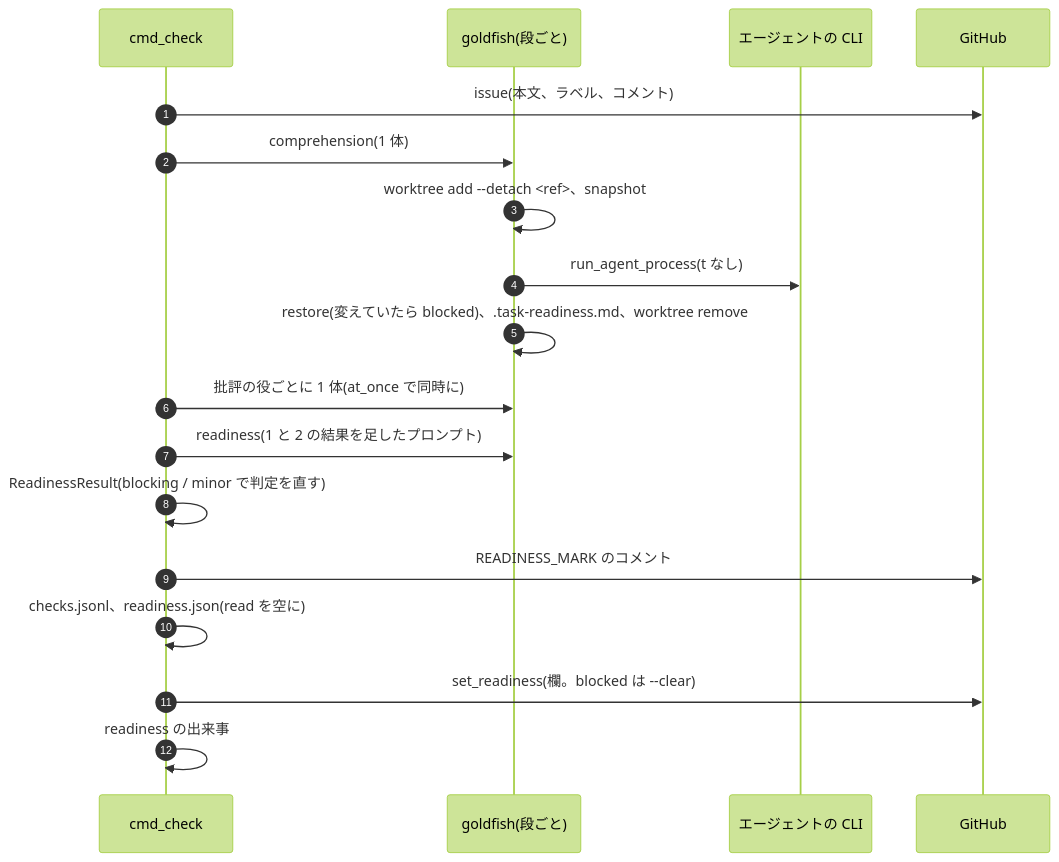
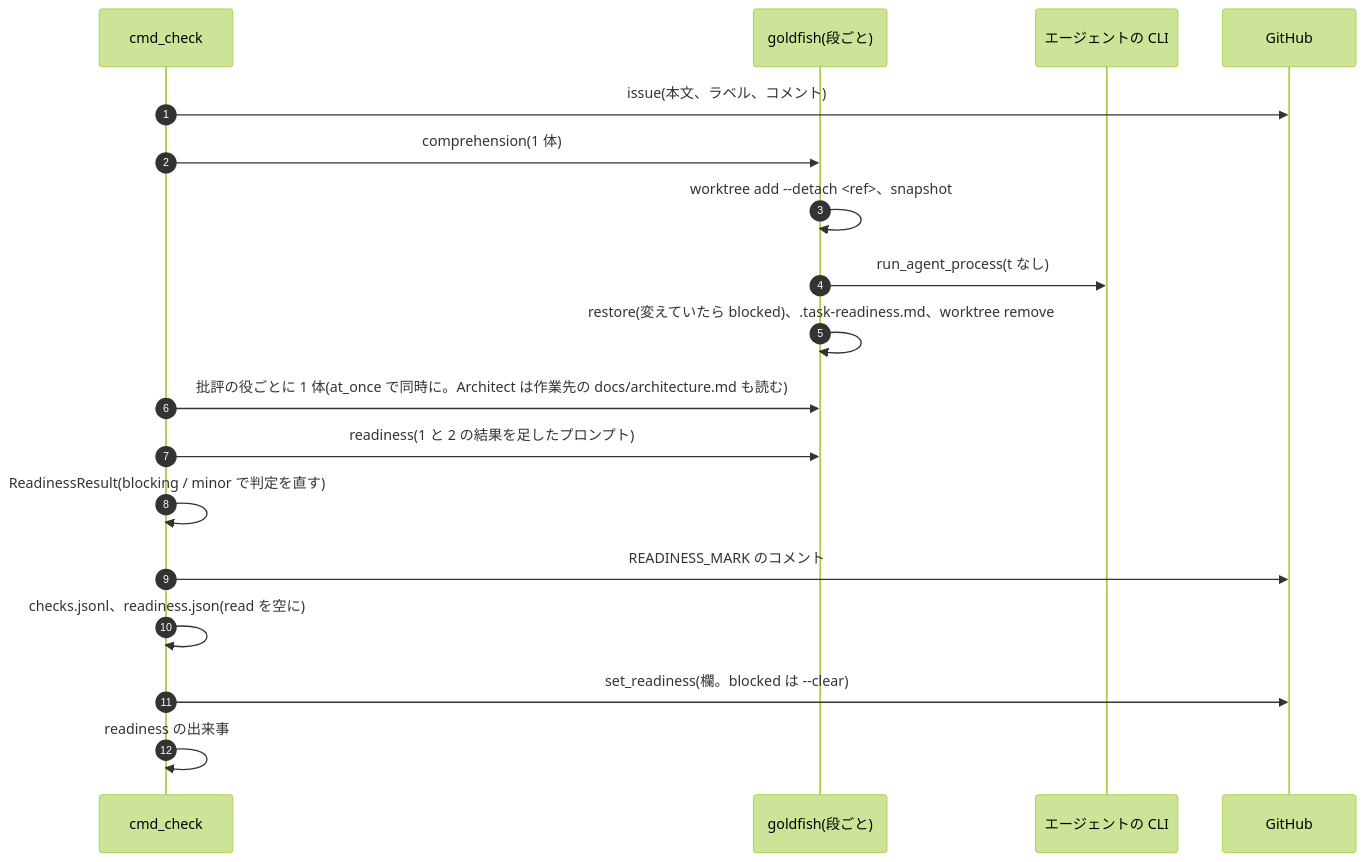
Before and after one commit to jyoka/task-hub: the tenth of 10 diagrams in docs/architecture/lld.md, drawn with Mermaid (forest theme). The commit also changed other lines of this file and 11 other files, not shown here.

Commit message:
task 317: 新プロダクトの設計で 7 つのアーキテクチャ関門を必ず検討させる(Architecture Brief + /chief + task check)

````diff
--- a/docs/architecture/lld.md
+++ b/docs/architecture/lld.md
@@ -608,20 +608,20 @@
 ```mermaid
 sequenceDiagram
     autonumber
     participant C as cmd_check
     participant G as goldfish(段ごと)
     participant A as エージェントの CLI
     participant GH as GitHub
     C->>GH: issue(本文、ラベル、コメント)
     C->>G: comprehension(1 体)
     G->>G: worktree add --detach <ref>、snapshot
     G->>A: run_agent_process(t なし)
     G->>G: restore(変えていたら blocked)、.task-readiness.md、worktree remove
-    C->>G: 批評の役ごとに 1 体(at_once で同時に)
+    C->>G: 批評の役ごとに 1 体(at_once で同時に。Architect は作業先の docs/architecture.md も読む)
     C->>G: readiness(1 と 2 の結果を足したプロンプト)
     C->>C: ReadinessResult(blocking / minor で判定を直す)
     C->>GH: READINESS_MARK のコメント
     C->>C: checks.jsonl、readiness.json(read を空に)
     C->>GH: set_readiness(欄。blocked は --clear)
     C->>C: readiness の出来事
 ```
````
